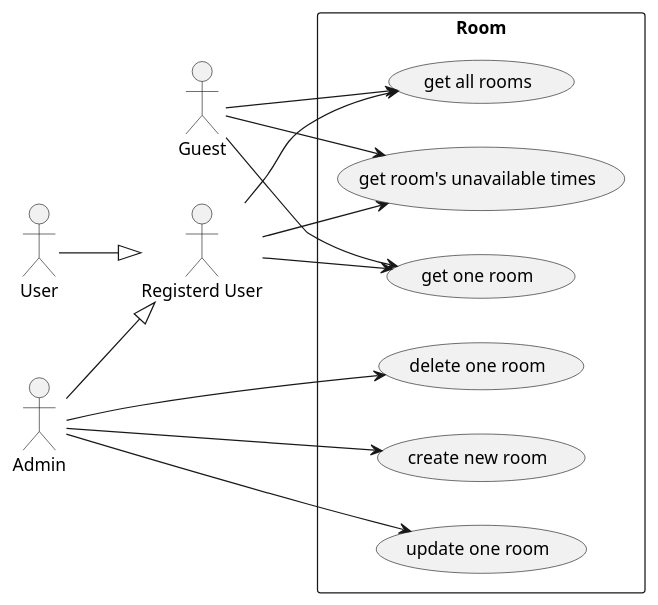
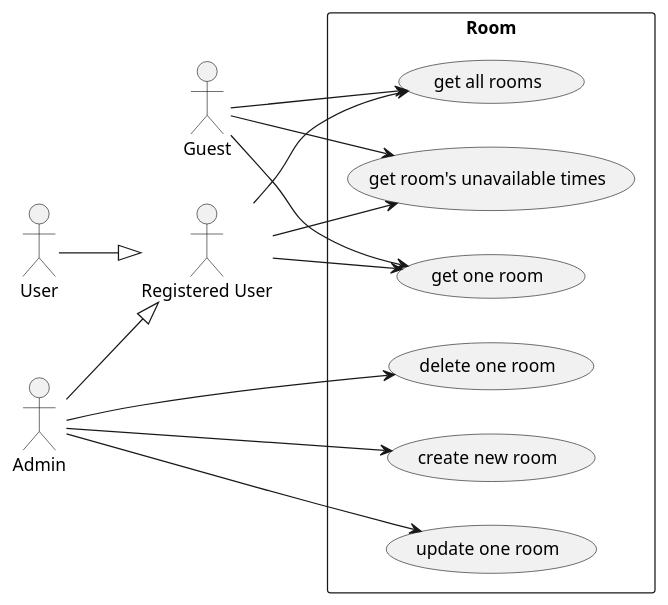
One commit to TeaChanathip/SwDev-Project changed the diagram in diagrams/usecase/room/room.puml. Above: the diagram before and after it, drawn with PlantUML. The commit also changed 9 other files, not shown here.

```diff
--- a/diagrams/usecase/room/room.puml
+++ b/diagrams/usecase/room/room.puml
@@ -1,33 +1,33 @@
 @startuml room
 left to right direction
 
 actor Guest
-actor "Registerd User"
+actor "Registered User"
 actor User
 actor Admin
 
-User --|> "Registerd User"
-Admin --|> "Registerd User"
+User --|> "Registered User"
+Admin --|> "Registered User"
 
 rectangle "Room" {
     usecase "create new room" as RoomUC1
     usecase "get one room" as RoomUC2
     usecase "get all rooms" as RoomUC3
     usecase "update one room" as RoomUC4
     usecase "delete one room" as RoomUC5
     usecase "get room's unavailable times" as RoomUC6
 }
 
 Guest --> RoomUC2
 Guest --> RoomUC3
 Guest --> RoomUC6
 
-"Registerd User" --> RoomUC2
-"Registerd User" --> RoomUC3
-"Registerd User" --> RoomUC6
+"Registered User" --> RoomUC2
+"Registered User" --> RoomUC3
+"Registered User" --> RoomUC6
 
 Admin --> RoomUC1
 Admin --> RoomUC4
 Admin --> RoomUC5
 
 @enduml
```
